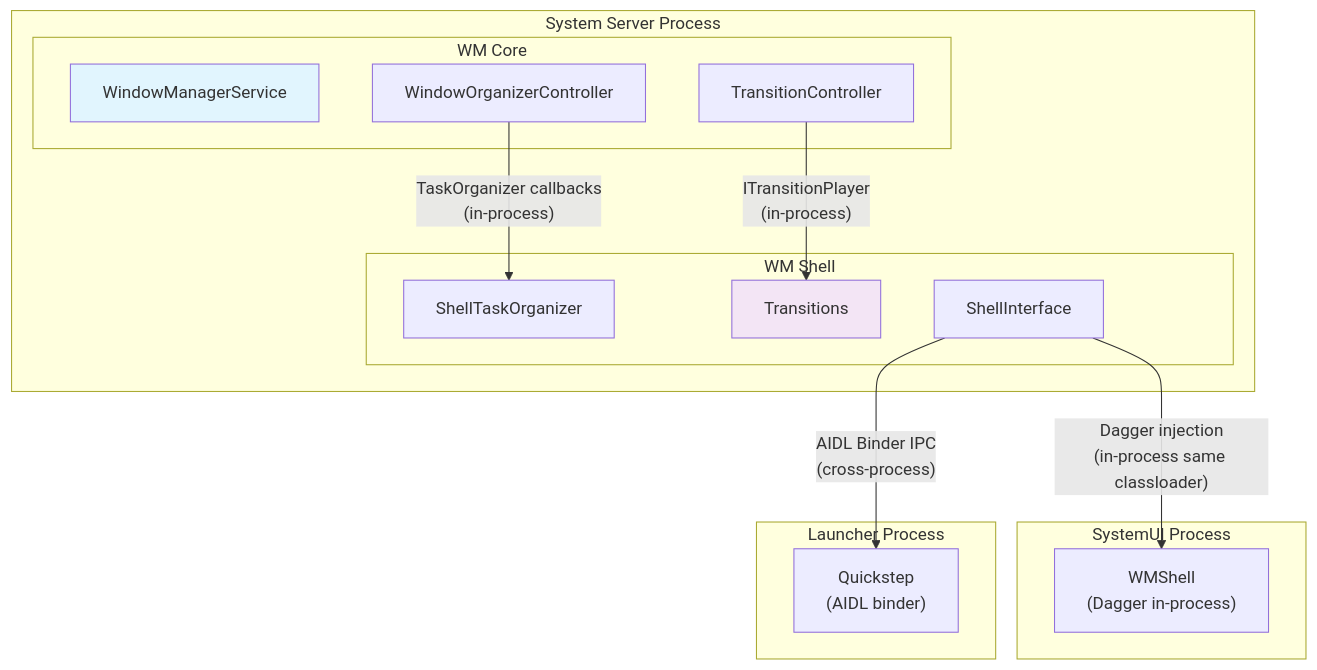
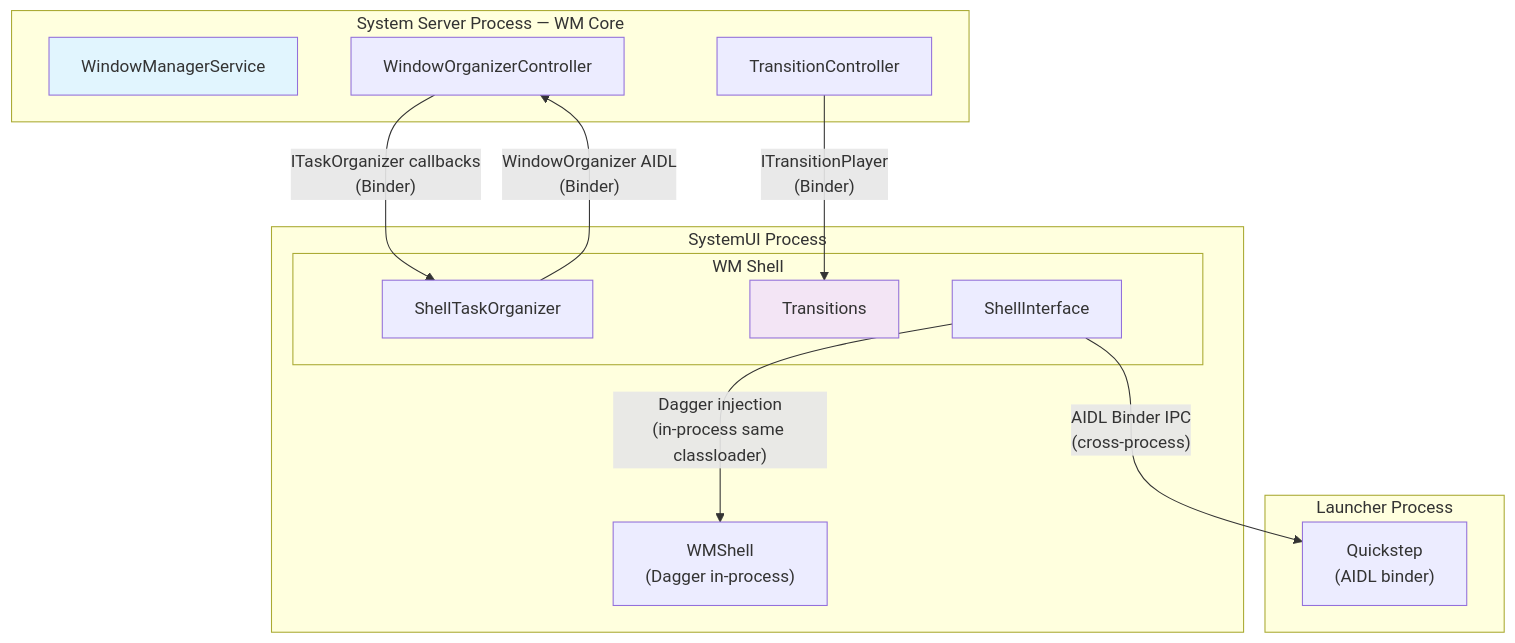
Before and after one commit to aospbooks/aosp-internal-book: the sixth of 33 diagrams in agents/claude/skills/aosp-framework-core/23-window-system.md, drawn with Mermaid. The commit also changed other lines of this file and 218 other files, not shown here.

````diff
--- a/agents/claude/skills/aosp-framework-core/23-window-system.md
+++ b/agents/claude/skills/aosp-framework-core/23-window-system.md
@@ -702,33 +713,31 @@
 ```mermaid
 graph TB
-    subgraph "System Server Process"
-        subgraph "WM Core"
-            WMS_["WindowManagerService"]
-            TC_["TransitionController"]
-            WOC_["WindowOrganizerController"]
-        end
+    subgraph "System Server Process — WM Core"
+        WMS_["WindowManagerService"]
+        TC_["TransitionController"]
+        WOC_["WindowOrganizerController"]
+    end
 
+    subgraph "SystemUI Process"
         subgraph "WM Shell"
             STO_["ShellTaskOrganizer"]
             TR_["Transitions"]
             SI_["ShellInterface"]
         end
-    end
-
-    subgraph "SystemUI Process"
         WMSh_["WMShell<br/>(Dagger in-process)"]
     end
 
     subgraph "Launcher Process"
         QS_["Quickstep<br/>(AIDL binder)"]
     end
 
-    WOC_ -->|"TaskOrganizer callbacks<br/>(in-process)"| STO_
-    TC_ -->|"ITransitionPlayer<br/>(in-process)"| TR_
+    WOC_ -->|"ITaskOrganizer callbacks<br/>(Binder)"| STO_
+    TC_ -->|"ITransitionPlayer<br/>(Binder)"| TR_
+    STO_ -->|"WindowOrganizer AIDL<br/>(Binder)"| WOC_
 
     SI_ -->|"Dagger injection<br/>(in-process same classloader)"| WMSh_
     SI_ -->|"AIDL Binder IPC<br/>(cross-process)"| QS_
 
     style WMS_ fill:#e1f5fe
     style TR_ fill:#f3e5f5
 ```
````
